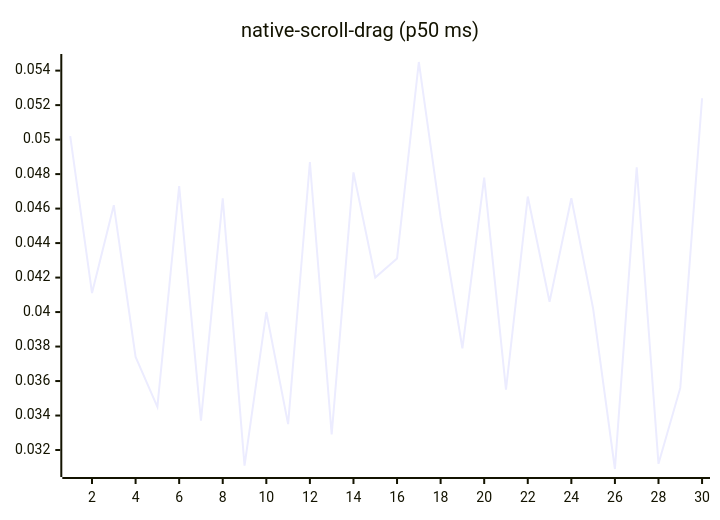
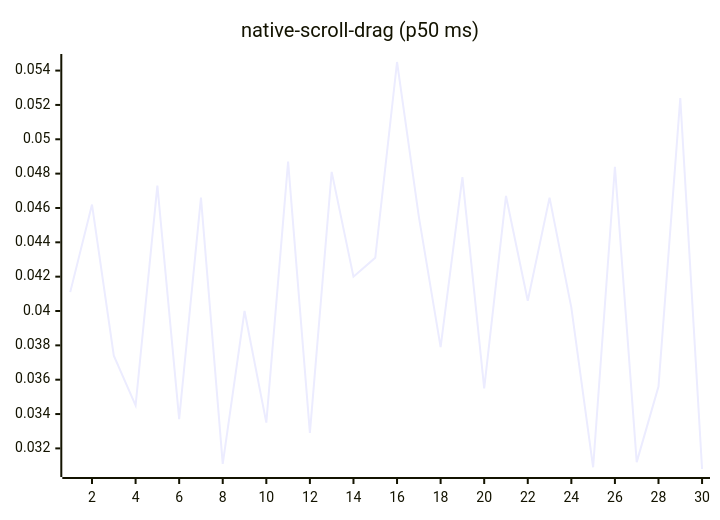
Diagram 14 of 27 in README.md (josha/Facet), drawn with Mermaid before and after one commit. The commit also changed other lines of this file and 2 other files, not shown here.

````diff
--- a/README.md
+++ b/README.md
@@ -154,6 +154,6 @@
 ```mermaid
 xychart-beta
     title "native-scroll-drag (p50 ms)"
     x-axis 1 --> 30
-    line [0.0502, 0.0411, 0.0462, 0.0374, 0.0345, 0.0473, 0.0337, 0.0466, 0.0311, 0.0400, 0.0335, 0.0487, 0.0329, 0.0481, 0.0420, 0.0431, 0.0545, 0.0455, 0.0379, 0.0478, 0.0355, 0.0467, 0.0406, 0.0466, 0.0402, 0.0309, 0.0484, 0.0312, 0.0356, 0.0524]
+    line [0.0411, 0.0462, 0.0374, 0.0345, 0.0473, 0.0337, 0.0466, 0.0311, 0.0400, 0.0335, 0.0487, 0.0329, 0.0481, 0.0420, 0.0431, 0.0545, 0.0455, 0.0379, 0.0478, 0.0355, 0.0467, 0.0406, 0.0466, 0.0402, 0.0309, 0.0484, 0.0312, 0.0356, 0.0524, 0.0308]
 ```
````
